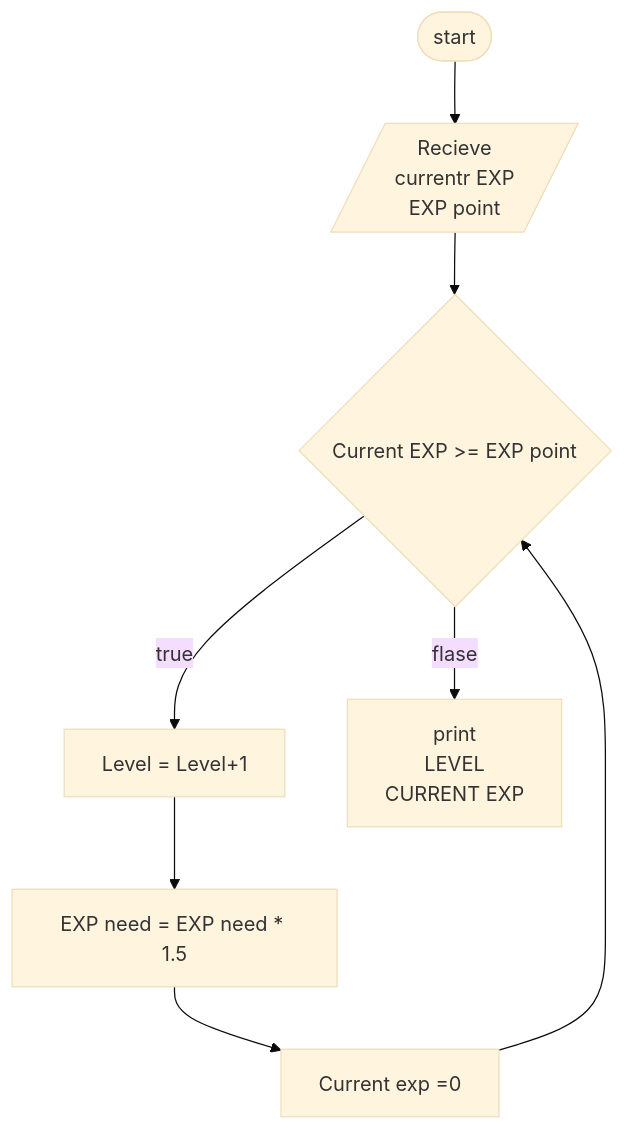
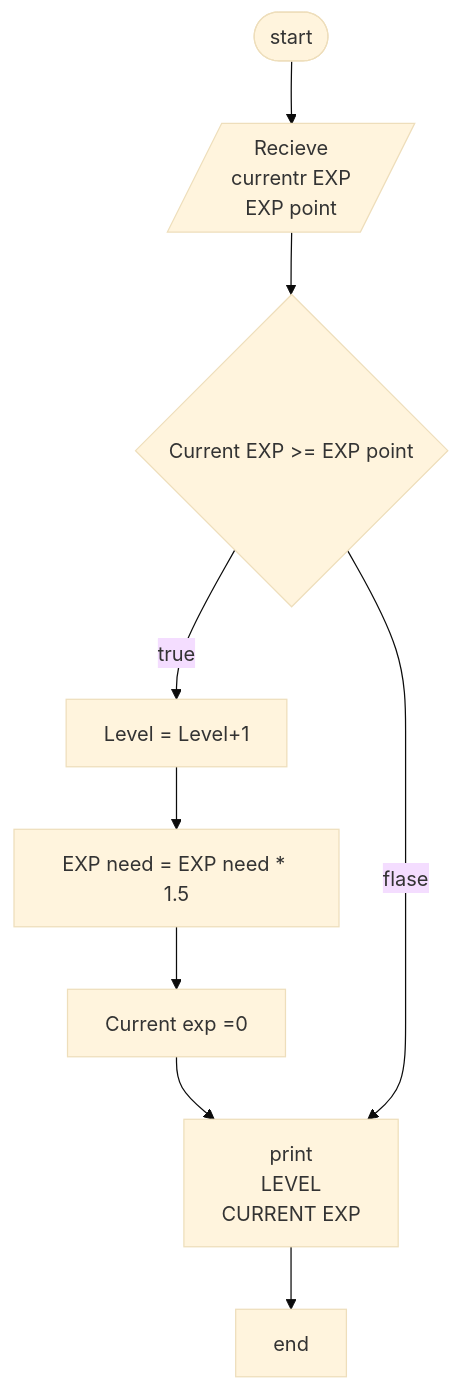
One commit to ratthasartK/DG111_165 changed the first of 3 diagrams in week2/game_algorithm.md. Above: the diagram before and after it, drawn with Mermaid (base theme). The commit also changed other lines of this file, not shown here.

Commit message:
fix: correct flowchart logic and improve game algorithm documentation

````diff
--- a/week2/game_algorithm.md
+++ b/week2/game_algorithm.md
@@ -1,17 +1,17 @@
 ```mermaid
 flowchart TD
 	Start([start]) --> input[/Recieve 
 currentr EXP
 	EXP point/] --> UP{Current EXP >= EXP point}
 	UP --> |true| LVUP[ Level = Level+1]
 	LVUP --> CAPPLUS[EXP need = EXP need * 1.5]
 	CAPPLUS --> RECAP[Current exp =0]
-	RECAP -->
+	RECAP --> SHOW
 	UP --> |flase| SHOW[ print 
 LEVEL
-CURRENT EXP] 
+CURRENT EXP] --> END[end]
 
 
 
 
 ```
````
